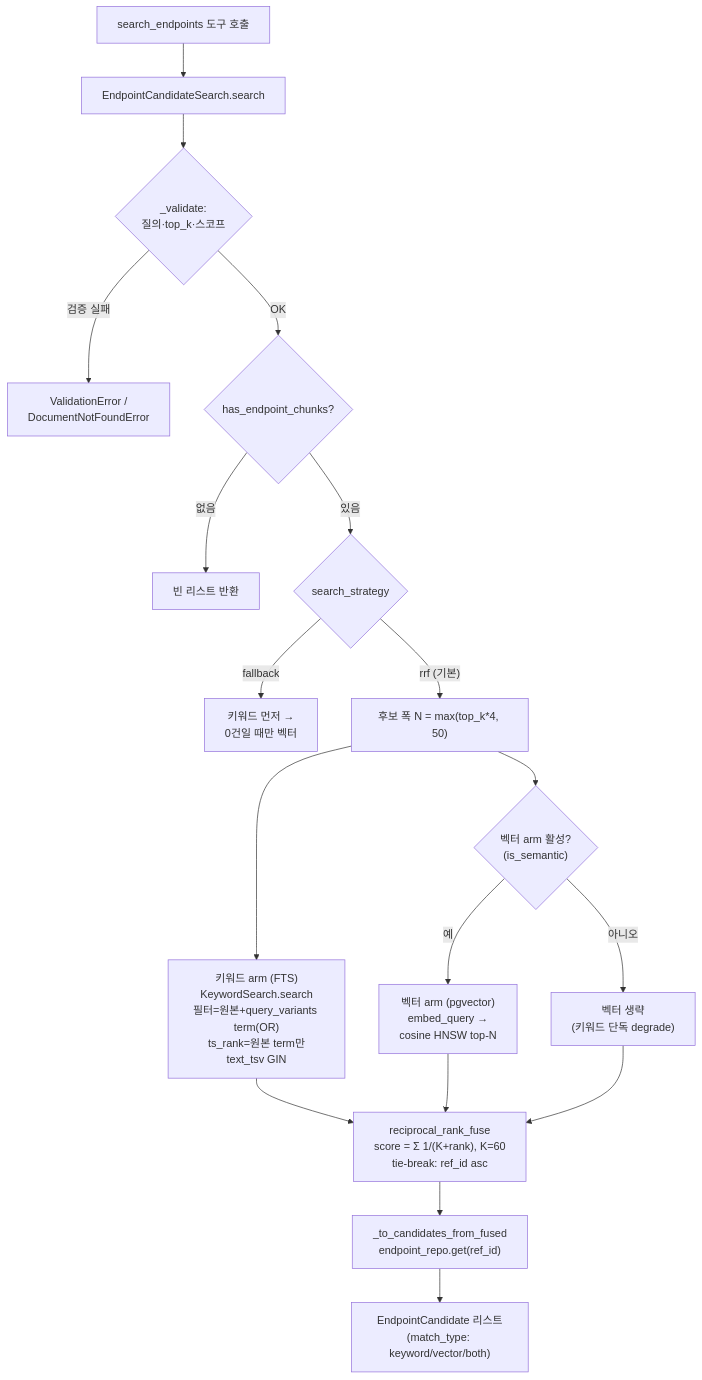
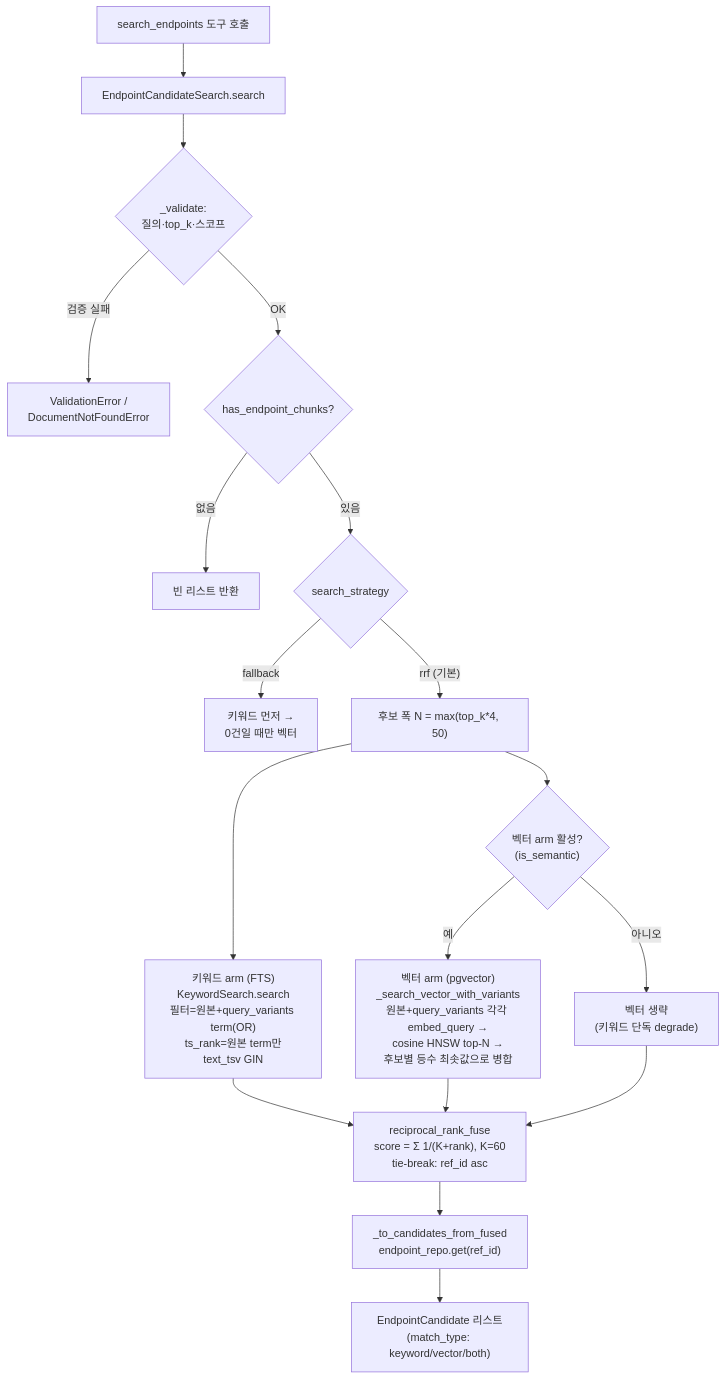
Before and after one commit to khangte/docs-mcp: the first of 2 diagrams in docs/search-flow.md, drawn with Mermaid. The commit also changed other lines of this file and 5 other files, not shown here.

````diff
--- a/docs/search-flow.md
+++ b/docs/search-flow.md
@@ -75,20 +78,20 @@
 ```mermaid
 flowchart TD
     A["search_endpoints 도구 호출"] --> B["EndpointCandidateSearch.search"]
     B --> C{"_validate:<br/>질의·top_k·스코프"}
     C -->|"검증 실패"| ERR["ValidationError /<br/>DocumentNotFoundError"]
     C -->|"OK"| D{"has_endpoint_chunks?"}
     D -->|"없음"| EMPTY["빈 리스트 반환"]
     D -->|"있음"| STRAT{"search_strategy"}
     STRAT -->|"fallback"| FB["키워드 먼저 →<br/>0건일 때만 벡터"]
     STRAT -->|"rrf (기본)"| W["후보 폭 N = max(top_k*4, 50)"]
     W --> KW["키워드 arm (FTS)<br/>KeywordSearch.search<br/>필터=원본+query_variants term(OR)<br/>ts_rank=원본 term만<br/>text_tsv GIN"]
     W --> VECGATE{"벡터 arm 활성?<br/>(is_semantic)"}
-    VECGATE -->|"예"| VEC["벡터 arm (pgvector)<br/>embed_query →<br/>cosine HNSW top-N"]
+    VECGATE -->|"예"| VEC["벡터 arm (pgvector)<br/>_search_vector_with_variants<br/>원본+query_variants 각각 embed_query →<br/>cosine HNSW top-N →<br/>후보별 등수 최솟값으로 병합"]
     VECGATE -->|"아니오"| SKIP["벡터 생략<br/>(키워드 단독 degrade)"]
     KW --> RRF["reciprocal_rank_fuse<br/>score = Σ 1/(K+rank), K=60<br/>tie-break: ref_id asc"]
     VEC --> RRF
     SKIP --> RRF
     RRF --> DTO["_to_candidates_from_fused<br/>endpoint_repo.get(ref_id)"]
     DTO --> OUT["EndpointCandidate 리스트<br/>(match_type: keyword/vector/both)"]
 ```
````
